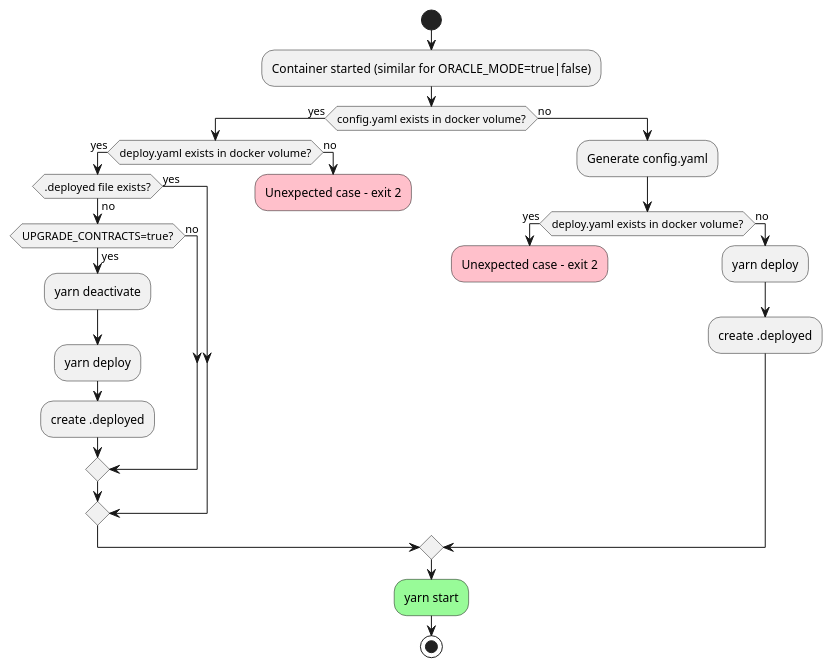
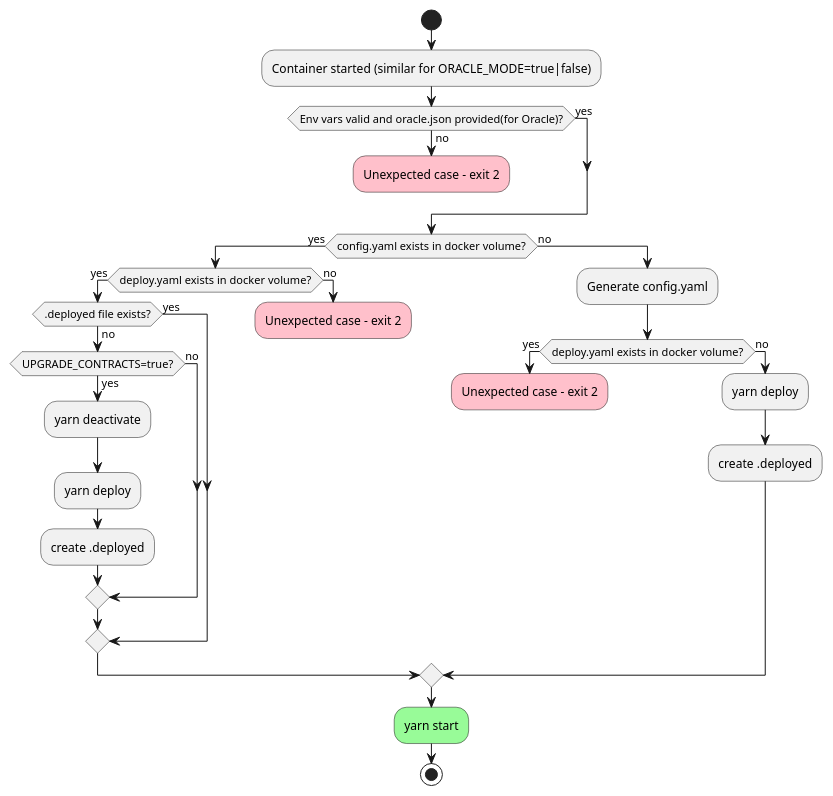
One commit to strato-net/strato-platform changed the diagram in payment-server/README.md. Above: the diagram before and after it, drawn with PlantUML. The commit also changed other lines of this file, not shown here.

Commit message:
updated payment server container docker-run flow diagram planttext

````diff
--- a/payment-server/README.md
+++ b/payment-server/README.md
@@ -7,34 +7,39 @@
 ```plantuml
 @startuml
 start
 :Container started (similar for ORACLE_MODE=true|false);
+if (Env vars valid and oracle.json provided(for Oracle)?) then (yes)
+else (no)
+#pink:Unexpected case - exit 2;
+kill
+endif
 if (config.yaml exists in docker volume?) then (yes)
   if (deploy.yaml exists in docker volume?) then (yes)
     if (.deployed file exists?) then (yes)
     else (no)
       if (UPGRADE_CONTRACTS=true?) then (yes)
         :yarn deactivate;
         :yarn deploy;
         :create .deployed;
       else (no)
       endif
     endif
   else (no)
     #pink:Unexpected case - exit 2;
     kill
   endif;
 else (no)
   :Generate config.yaml;
   if (deploy.yaml exists in docker volume?) then (yes)
     #pink:Unexpected case - exit 2;
     kill
   else (no)
     :yarn deploy;
     :create .deployed;
   endif
 endif;
 #palegreen:yarn start;
 
 stop
 @enduml
 ```
````
